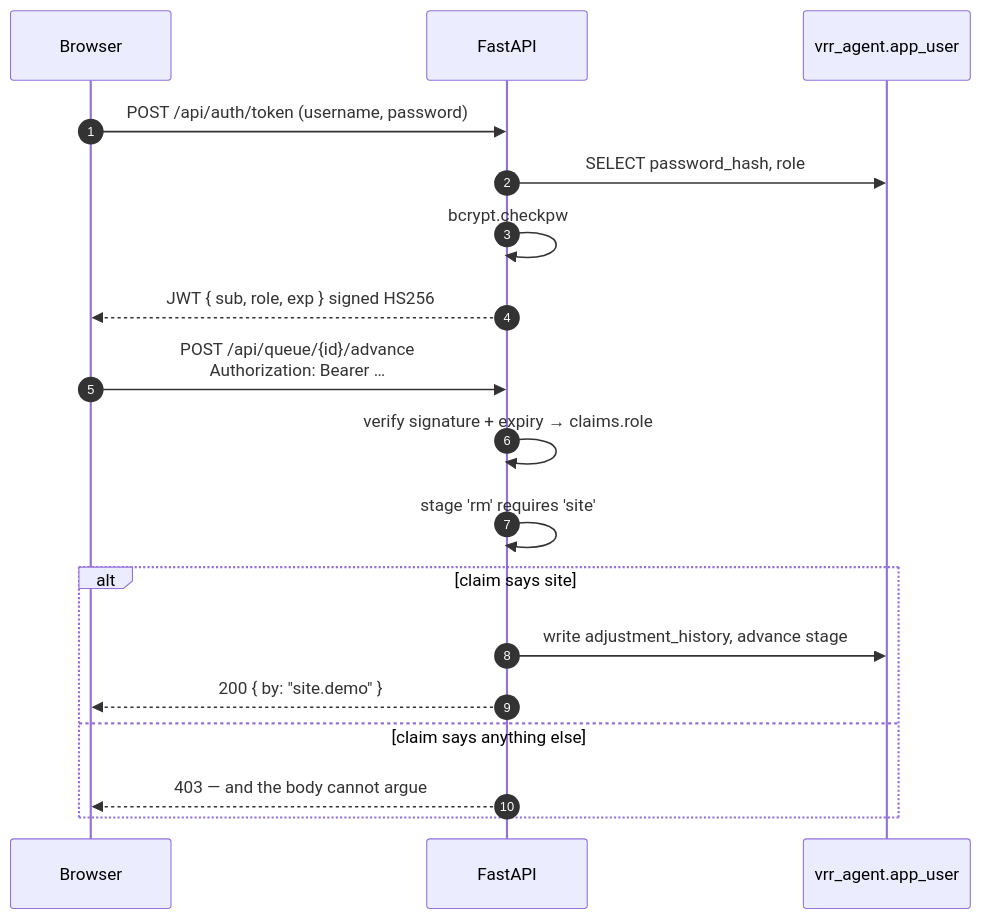
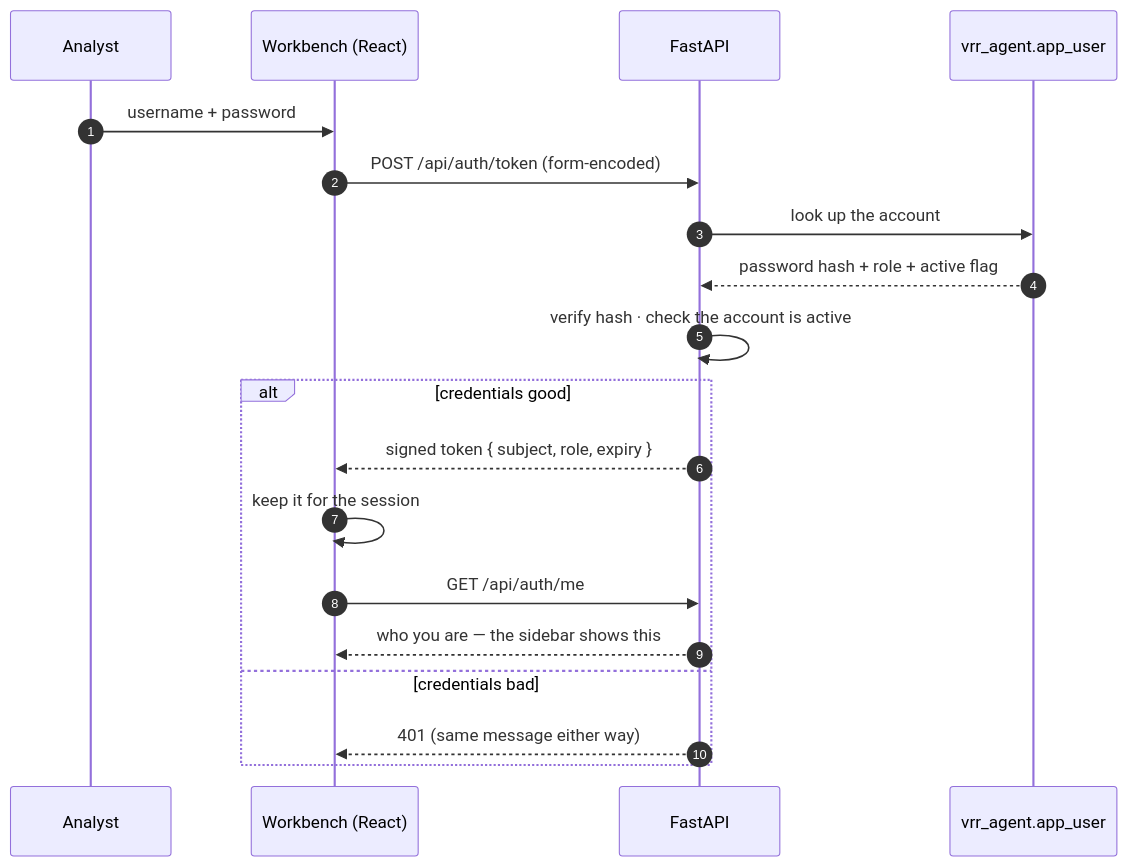
Before and after one commit to vamshi455/vrr-agent-open: diagram 17 of 19 in README.md, drawn with Mermaid. The commit also changed other lines of this file and 2 other files, not shown here.

````diff
--- a/README.md
+++ b/README.md
@@ -804,22 +802,22 @@
 ```mermaid
 sequenceDiagram
     autonumber
-    participant B as Browser
+    participant U as Analyst
+    participant W as Workbench (React)
     participant A as FastAPI
     participant DB as vrr_agent.app_user
 
-    B->>A: POST /api/auth/token (username, password)
-    A->>DB: SELECT password_hash, role
-    A->>A: bcrypt.checkpw
-    A-->>B: JWT { sub, role, exp } signed HS256
-
-    B->>A: POST /api/queue/{id}/advance<br/>Authorization: Bearer …
-    A->>A: verify signature + expiry → claims.role
-    A->>A: stage 'rm' requires 'site'
-    alt claim says site
-        A->>DB: write adjustment_history, advance stage
-        A-->>B: 200 { by: "site.demo" }
-    else claim says anything else
-        A-->>B: 403 — and the body cannot argue
+    U->>W: username + password
+    W->>A: POST /api/auth/token (form-encoded)
+    A->>DB: look up the account
+    DB-->>A: password hash + role + active flag
+    A->>A: verify hash · check the account is active
+    alt credentials good
+        A-->>W: signed token { subject, role, expiry }
+        W->>W: keep it for the session
+        W->>A: GET /api/auth/me
+        A-->>W: who you are — the sidebar shows this
+    else credentials bad
+        A-->>W: 401 (same message either way)
     end
 ```
````
